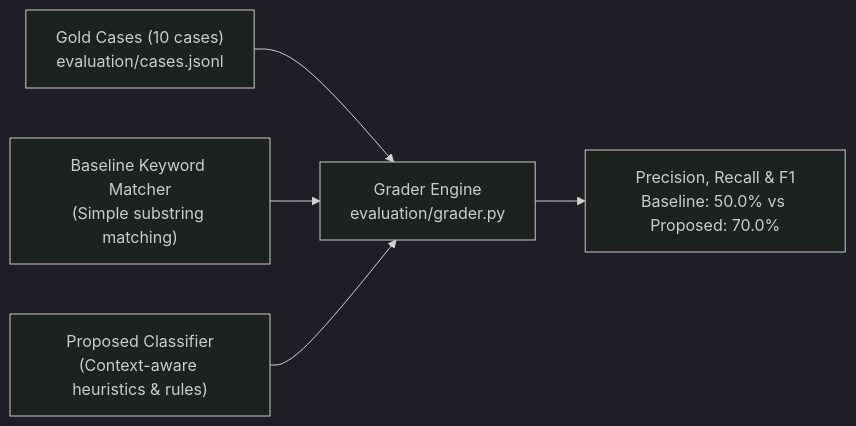
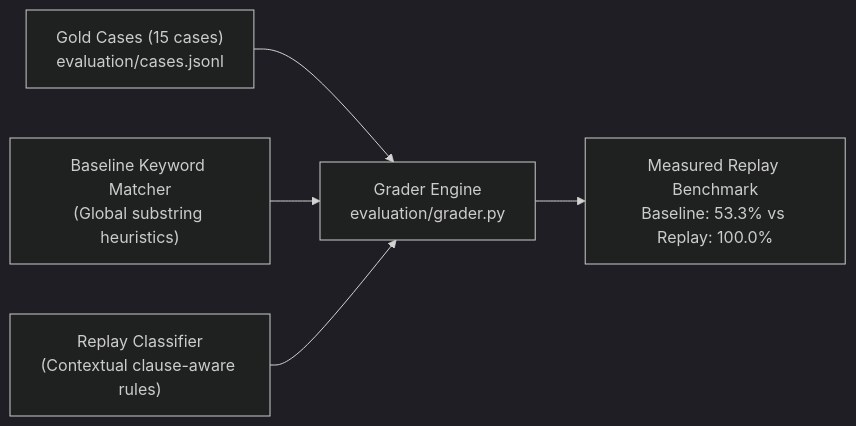
The diagram in docs/EVALUATION_AND_BENCHMARKS.md (Adhi0303/Kasparro-AI-Visibility-Analysis), drawn with Mermaid (dark theme) before and after one commit. The commit also changed other lines of this file and 14 other files, not shown here.

Commit message:
feat(phase1-2): add traceable evidence offsets/audit and contextual target-aware classification

````diff
--- a/docs/EVALUATION_AND_BENCHMARKS.md
+++ b/docs/EVALUATION_AND_BENCHMARKS.md
@@ -14,7 +29,7 @@
 ```mermaid
 flowchart LR
-    GOLD["Gold Cases (10 cases)\nevaluation/cases.jsonl"] --> GRADER["Grader Engine\nevaluation/grader.py"]
-    BASELINE["Baseline Keyword Matcher\n(Simple substring matching)"] --> GRADER
-    PROPOSED["Proposed Classifier\n(Context-aware heuristics & rules)"] --> GRADER
-    GRADER --> RESULTS["Precision, Recall & F1\nBaseline: 50.0% vs Proposed: 70.0%"]
+    GOLD["Gold Cases (15 cases)\nevaluation/cases.jsonl"] --> GRADER["Grader Engine\nevaluation/grader.py"]
+    BASELINE["Baseline Keyword Matcher\n(Global substring heuristics)"] --> GRADER
+    REPLAY["Replay Classifier\n(Contextual clause-aware rules)"] --> GRADER
+    GRADER --> RESULTS["Measured Replay Benchmark\nBaseline: 53.3% vs Replay: 100.0%"]
 ```
````
